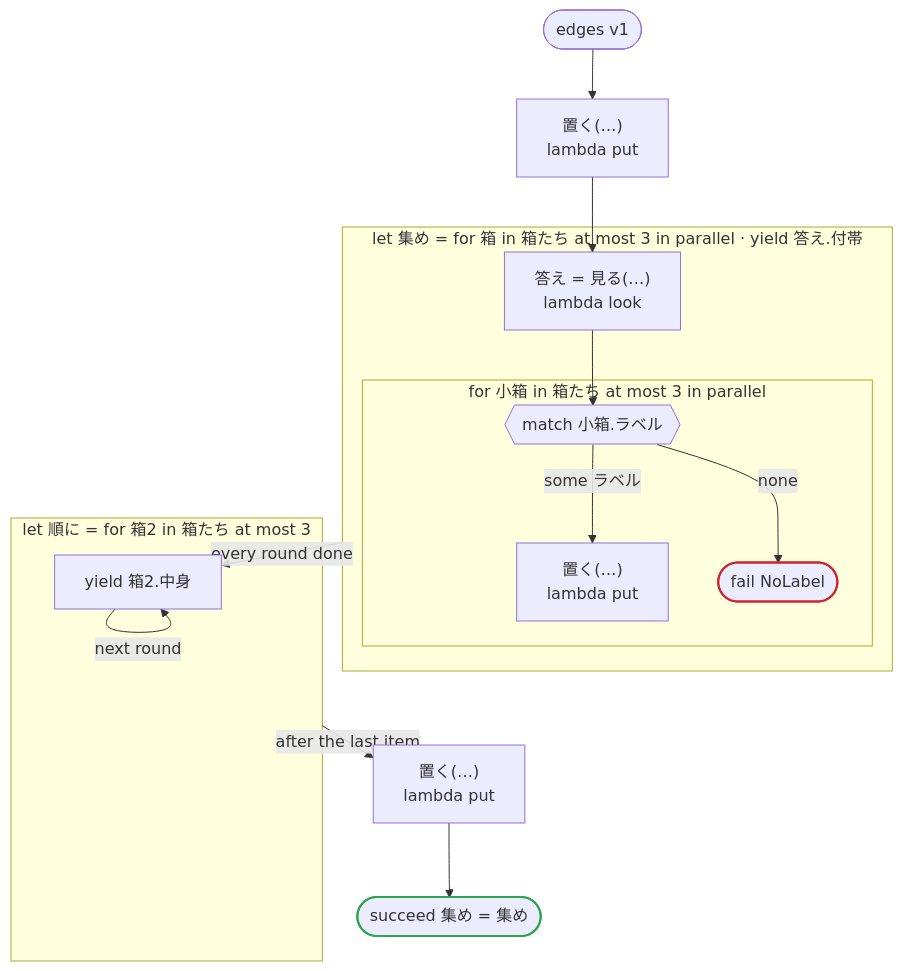
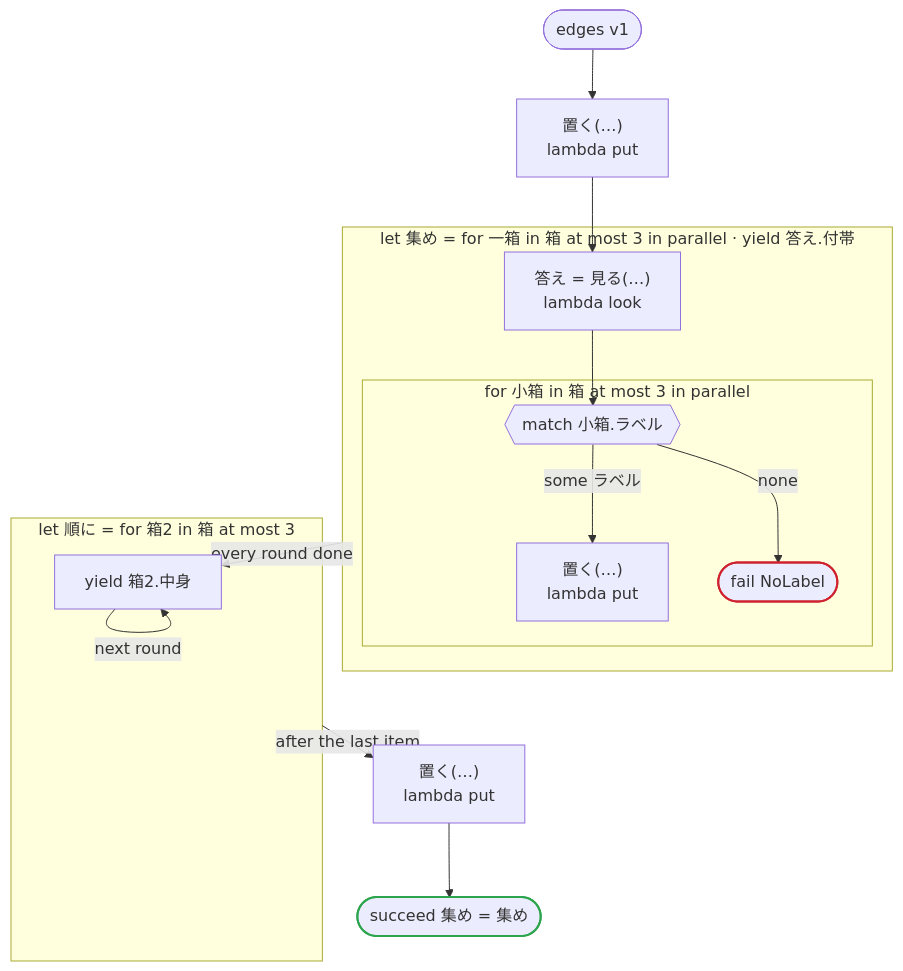
One commit to i2y/ritsu changed the diagram in crates/dandori/tests/doc/tests-flows-edges.en.md. Above: the diagram before and after it, drawn with Mermaid. The commit also changed other lines of this file and 143 other files, not shown here.

````diff
--- a/crates/dandori/tests/doc/tests-flows-edges.en.md
+++ b/crates/dandori/tests/doc/tests-flows-edges.en.md
@@ -9,31 +9,31 @@
 ```mermaid
 flowchart TD
     start(["edges v1"])
     s1["置く(…)<br>lambda put"]
-    subgraph L2 ["let 集め = for 箱 in 箱たち at most 3 in parallel · yield 答え.付帯"]
+    subgraph L2 ["let 集め = for 一箱 in 箱 at most 3 in parallel · yield 答え.付帯"]
         s3["答え = 見る(…)<br>lambda look"]
-        subgraph L4 ["for 小箱 in 箱たち at most 3 in parallel"]
+        subgraph L4 ["for 小箱 in 箱 at most 3 in parallel"]
             s5{{"match 小箱.ラベル"}}
             s6["置く(…)<br>lambda put"]
             s7(["fail NoLabel"])
         end
     end
-    subgraph L8 ["let 順に = for 箱2 in 箱たち at most 3"]
+    subgraph L8 ["let 順に = for 箱2 in 箱 at most 3"]
         s8p["yield 箱2.中身"]
     end
     s9["置く(…)<br>lambda put"]
     s10(["succeed 集め = 集め"])
     start --> s1
     s1 --> s3
     s3 --> s5
     s5 -->|"some ラベル"| s6
     s5 -->|"none"| s7
     L2 -->|"every round done"| s8p
     s8p -->|"next round"| s8p
     L8 -->|"after the last item"| s9
     s9 --> s10
     classDef ok stroke:#2da44e,stroke-width:2px
     classDef bad stroke:#cf222e,stroke-width:2px
     class s10 ok
     class s7 bad
 ```
````
